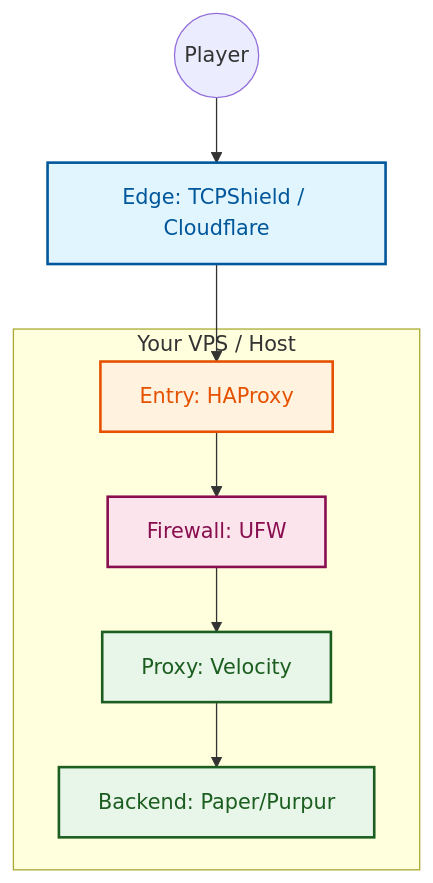
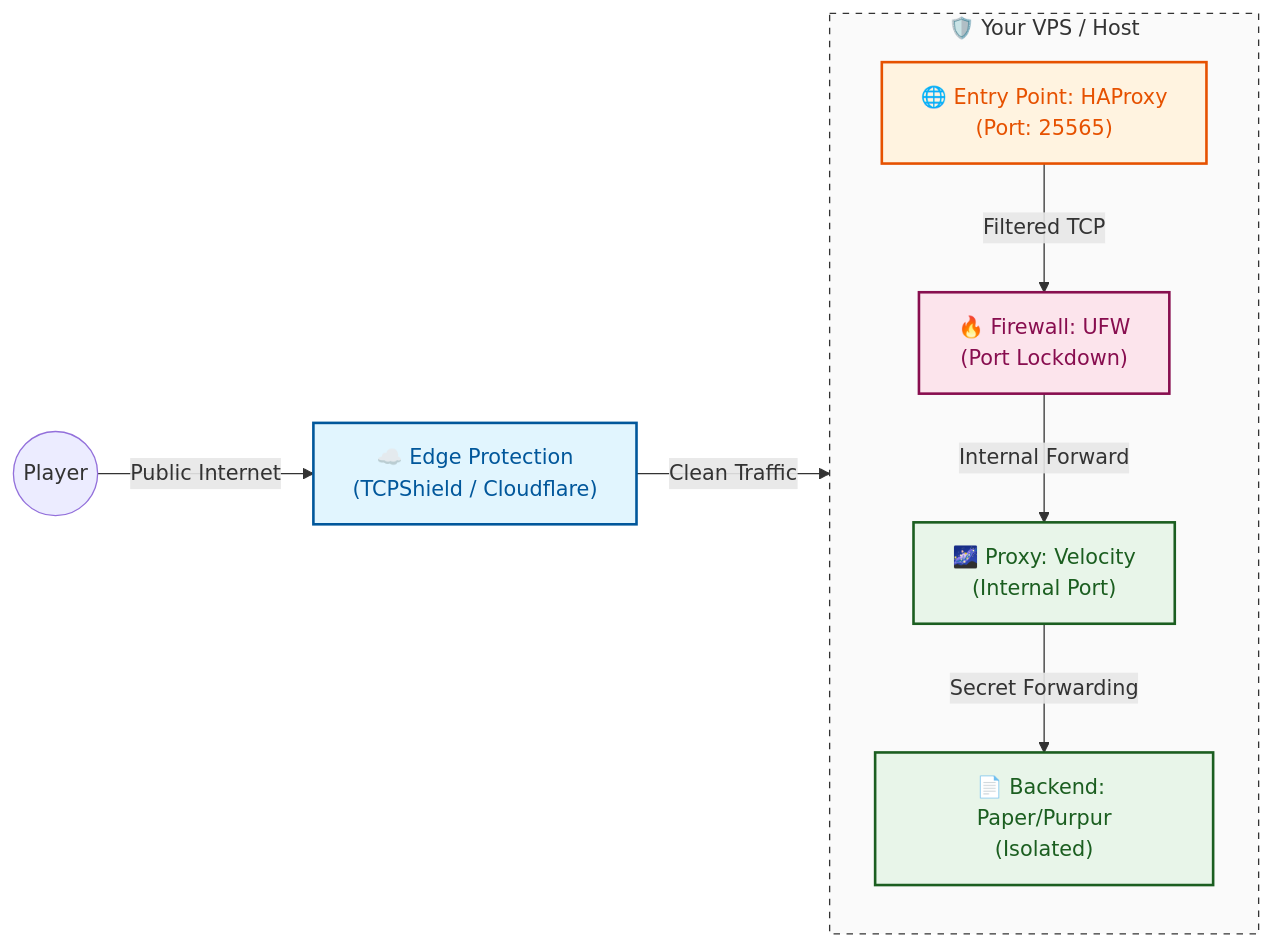
The diagram in docs/source/security.rst (Earth1283/OpenWiki), drawn with Mermaid before and after one commit.

Commit message:
updated meremaids

```diff
--- a/docs/source/security.rst
+++ b/docs/source/security.rst
@@ -76,21 +76,25 @@
 .. mermaid::
 
-   graph TD
-       Player((Player)) --> Edge[Edge: TCPShield / Cloudflare]
-       Edge --> HA[Entry: HAProxy]
-       HA --> FW[Firewall: UFW]
-       FW --> Proxy[Proxy: Velocity]
-       Proxy --> Backend[Backend: Paper/Purpur]
+   graph LR
+       Player((Player)) -- "Public Internet" --> Edge["☁️ Edge Protection<br/>(TCPShield / Cloudflare)"]
        
-       subgraph "Your VPS / Host"
-           HA
-           FW
-           Proxy
-           Backend
+       subgraph VPS ["🛡️ Your VPS / Host"]
+           direction TB
+           HA["🌐 Entry Point: HAProxy<br/>(Port: 25565)"]
+           FW["🔥 Firewall: UFW<br/>(Port Lockdown)"]
+           Proxy["🌌 Proxy: Velocity<br/>(Internal Port)"]
+           Backend["📄 Backend: Paper/Purpur<br/>(Isolated)"]
+           
+           HA -- "Filtered TCP" --> FW
+           FW -- "Internal Forward" --> Proxy
+           Proxy -- "Secret Forwarding" --> Backend
        end
+       
+       Edge -- "Clean Traffic" --> HA
        
        style Edge fill:#e1f5fe,stroke:#01579b,stroke-width:2px,color:#01579b
        style HA fill:#fff3e0,stroke:#e65100,stroke-width:2px,color:#e65100
        style FW fill:#fce4ec,stroke:#880e4f,stroke-width:2px,color:#880e4f
        style Proxy fill:#e8f5e9,stroke:#1b5e20,stroke-width:2px,color:#1b5e20
        style Backend fill:#e8f5e9,stroke:#1b5e20,stroke-width:2px,color:#1b5e20
+       style VPS fill:#fafafa,stroke:#333,stroke-dasharray: 5 5
```
